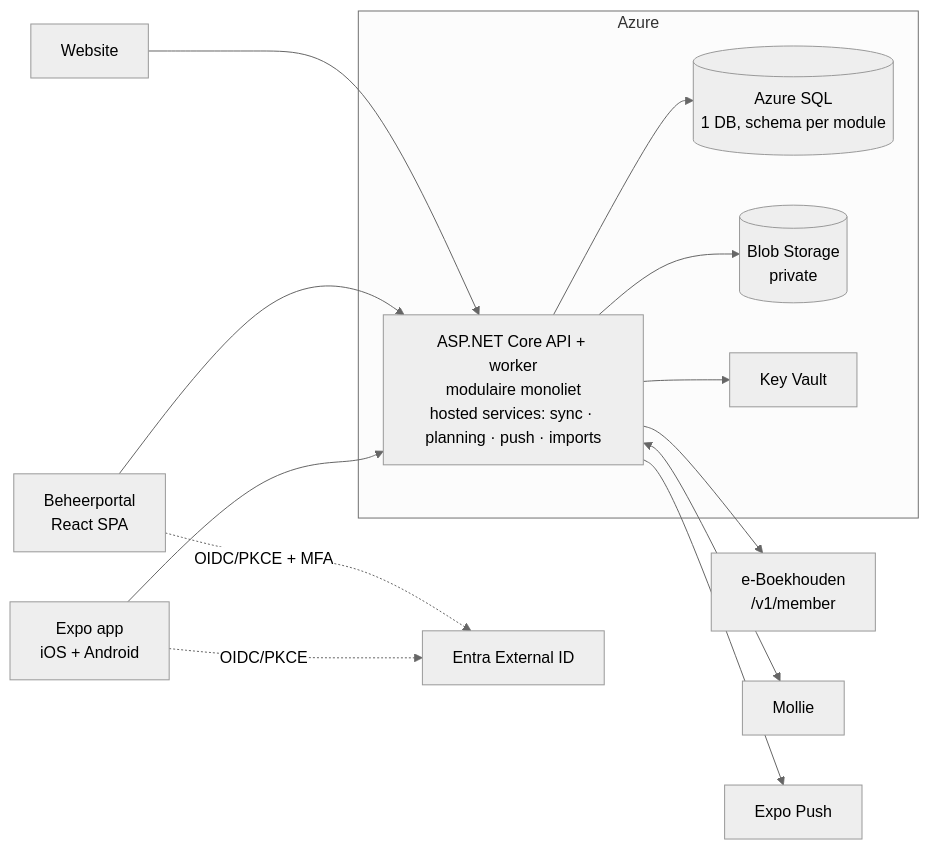
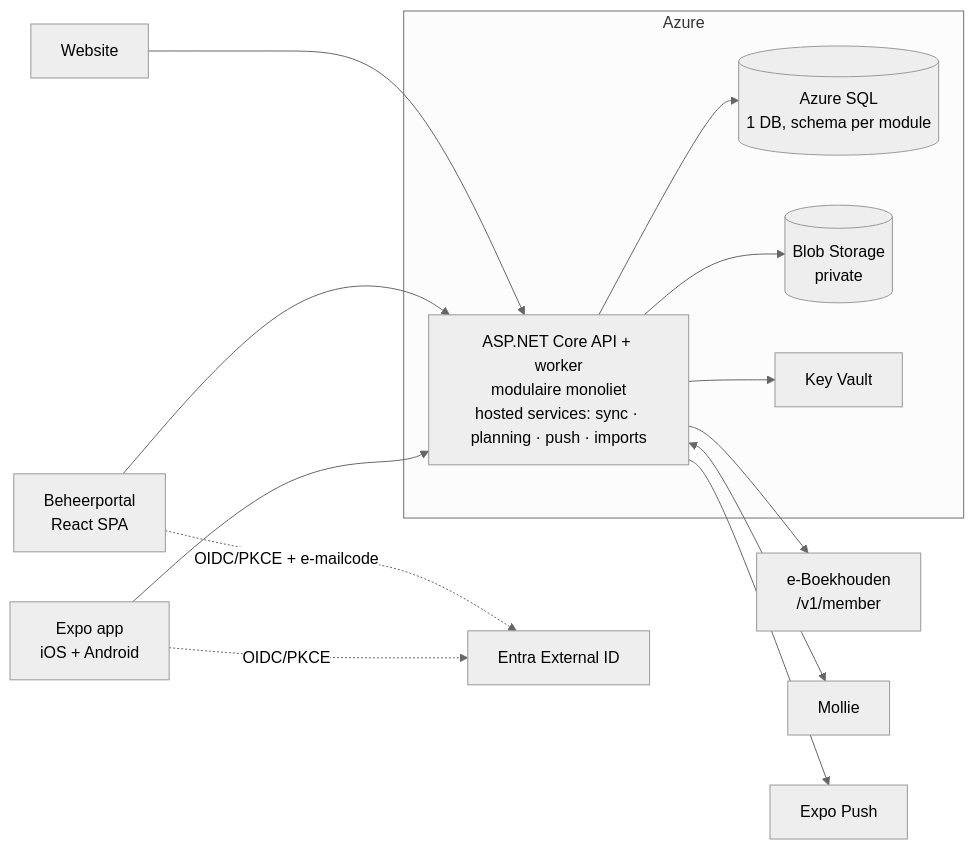
Before and after one commit to robinmom/vrolijkedrammers: the diagram in ARCHITECTURE.md, drawn with Mermaid (neutral theme). The commit also changed 15 other files, not shown here.

````diff
--- a/ARCHITECTURE.md
+++ b/ARCHITECTURE.md
@@ -7,20 +7,20 @@
 ```mermaid
 flowchart LR
   APP[Expo app\niOS + Android] --> API
   PORTAL[Beheerportal\nReact SPA] --> API
   WEB[Website] --> API
   APP -. OIDC/PKCE .-> ENTRA[Entra External ID]
-  PORTAL -. OIDC/PKCE + MFA .-> ENTRA
+  PORTAL -. OIDC/PKCE + e-mailcode .-> ENTRA
   subgraph Azure
     API[ASP.NET Core API + worker\nmodulaire monoliet\nhosted services: sync · planning · push · imports]
     SQL[(Azure SQL\n1 DB, schema per module)]
     BLOB[(Blob Storage\nprivate)]
     KV[Key Vault]
   end
   API --> SQL
   API --> BLOB
   API --> KV
   API --> EB[e-Boekhouden\n/v1/member]
   API <--> MOL[Mollie]
   API --> PUSH[Expo Push]
 ```
````
